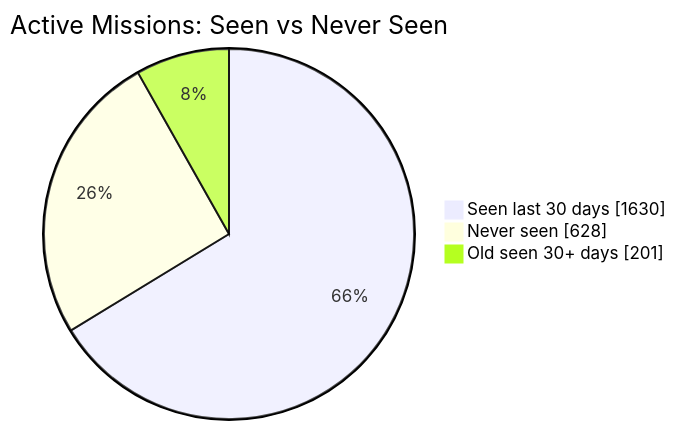
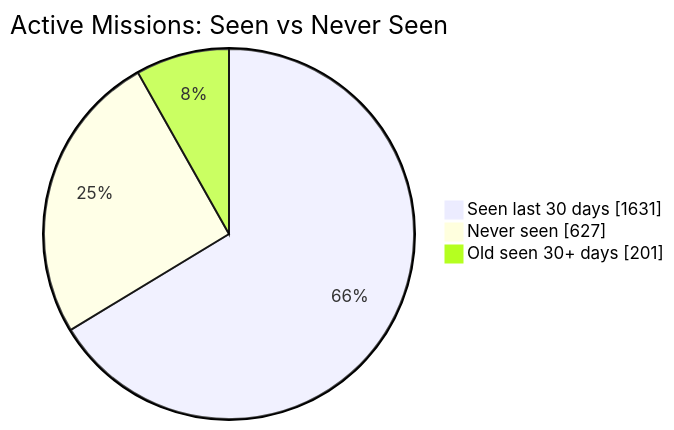
One commit to MeldkamerspelGameTeam/active-missions changed the first of 2 diagrams in README.md. Above: the diagram before and after it, drawn with Mermaid. The commit also changed other lines of this file and 2 other files, not shown here.

````diff
--- a/README.md
+++ b/README.md
@@ -34,7 +34,7 @@
 ```mermaid
 pie showData
     title Active Missions: Seen vs Never Seen
-    "Seen last 30 days" : 1630
-    "Never seen" : 628
+    "Seen last 30 days" : 1631
+    "Never seen" : 627
     "Old seen 30+ days" : 201
 ```
````
